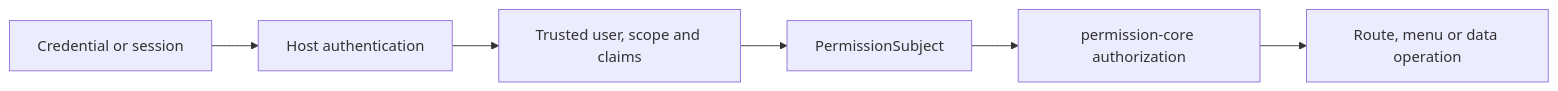
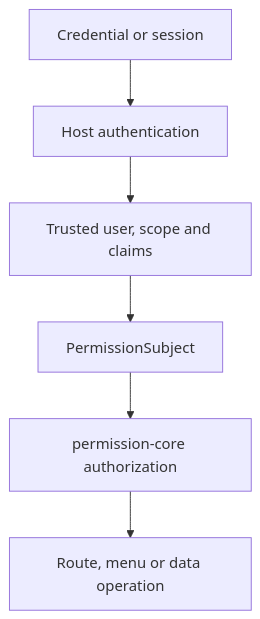
One commit to vextjs/permission-core changed the diagram in website/docs/guide/authentication-boundary.md. Above: the diagram before and after it, drawn with Mermaid. The commit also changed other lines of this file and 55 other files, not shown here.

Commit message:
docs: improve guides and diagram rendering

````diff
--- a/website/docs/guide/authentication-boundary.md
+++ b/website/docs/guide/authentication-boundary.md
@@ -7,8 +7,10 @@
 ```mermaid
-flowchart LR
+flowchart TD
+  accTitle: Authentication and authorization boundary
+  accDescr: The host authenticates credentials and supplies trusted identity, scope, and claims before permission-core authorizes a route, menu, or data operation.
   A["Credential or session"] --> B["Host authentication"]
   B --> C["Trusted user, scope and claims"]
   C --> D["PermissionSubject"]
   D --> E["permission-core authorization"]
   E --> F["Route, menu or data operation"]
 ```
````
